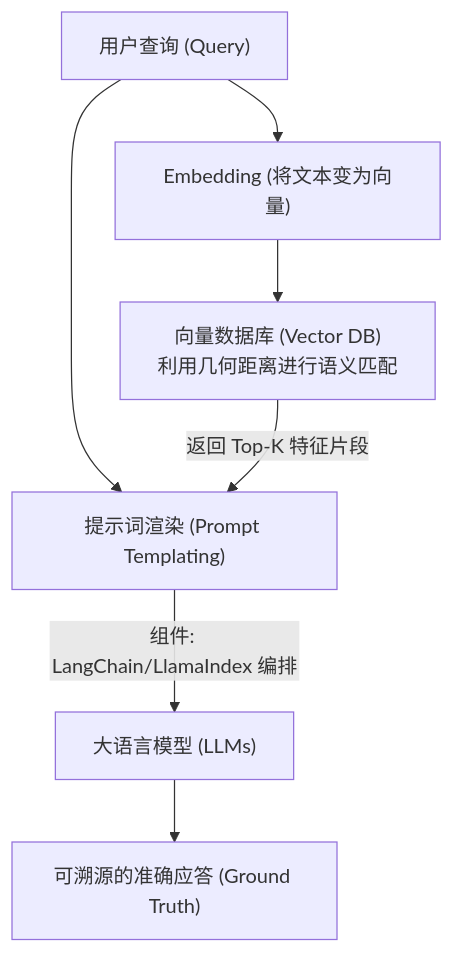
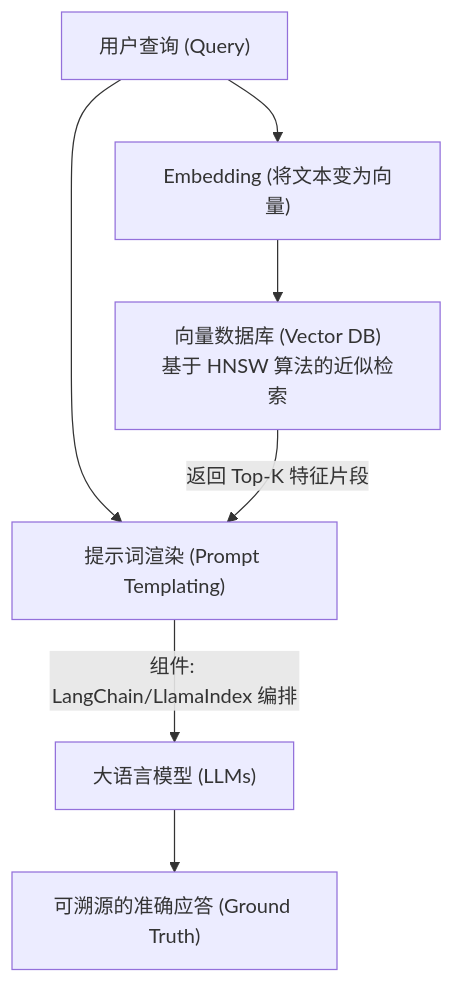
The seventh of 15 diagrams in doc/AI_Knowledge_Roadmap.md (wangchong2023/lang-chain-graph), drawn with Mermaid before and after one commit. The commit also changed other lines of this file and 1 other file, not shown here.

Commit message:
docs: update AI knowledge roadmap and remove system metadata files

````diff
--- a/doc/AI_Knowledge_Roadmap.md
+++ b/doc/AI_Knowledge_Roadmap.md
@@ -239,9 +339,9 @@
    ```mermaid
    graph TD
        Q["用户查询 (Query)"] --> Embed["Embedding (将文本变为向量)"]
-       Embed --> R["向量数据库 (Vector DB)<br>利用几何距离进行语义匹配"]
+       Embed --> R["向量数据库 (Vector DB)<br>基于 HNSW 算法的近似检索"]
        Q --> P["提示词渲染 (Prompt Templating)"]
        R -- "返回 Top-K 特征片段" --> P
        P -- "组件: LangChain/LlamaIndex 编排" --> L["大语言模型 (LLMs)"]
        L --> A["可溯源的准确应答 (Ground Truth)"]
    ```
````
